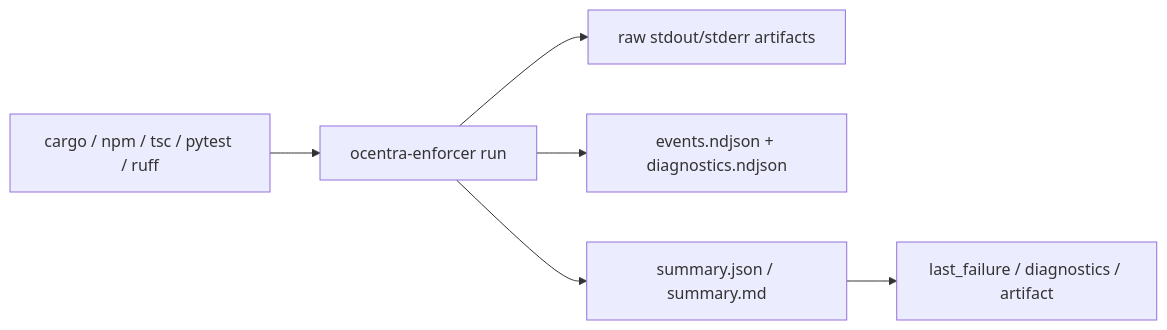
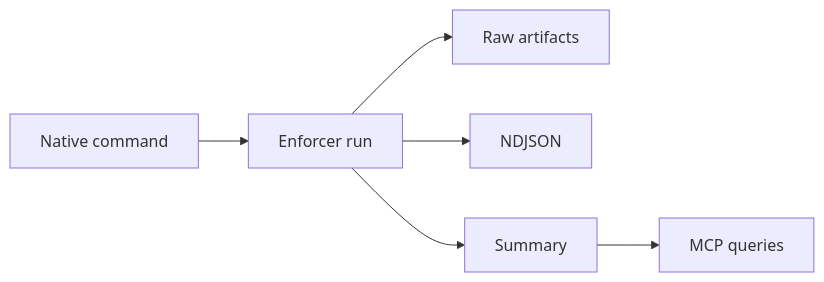
Before and after one commit to ocentra/ocentra-enforcer: the diagram in docs/HARNESS_DIAGNOSTICS.md, drawn with Mermaid. The commit also changed 33 other files, not shown here.

Commit message:
feat: add multilang enforcer parity and compact mcp output

````diff
--- a/docs/HARNESS_DIAGNOSTICS.md
+++ b/docs/HARNESS_DIAGNOSTICS.md
@@ -9,8 +9,14 @@
 ```mermaid
 flowchart LR
-  Command["cargo / npm / tsc / pytest / ruff"] --> Harness["ocentra-enforcer run"]
-  Harness --> Raw["raw stdout/stderr artifacts"]
-  Harness --> NDJSON["events.ndjson + diagnostics.ndjson"]
-  Harness --> Summary["summary.json / summary.md"]
-  Summary --> MCP["last_failure / diagnostics / artifact"]
+  A["Native command"]
+  B["Enforcer run"]
+  C["Raw artifacts"]
+  D["NDJSON"]
+  E["Summary"]
+  F["MCP queries"]
+  A --> B
+  B --> C
+  B --> D
+  B --> E
+  E --> F
 ```
````
